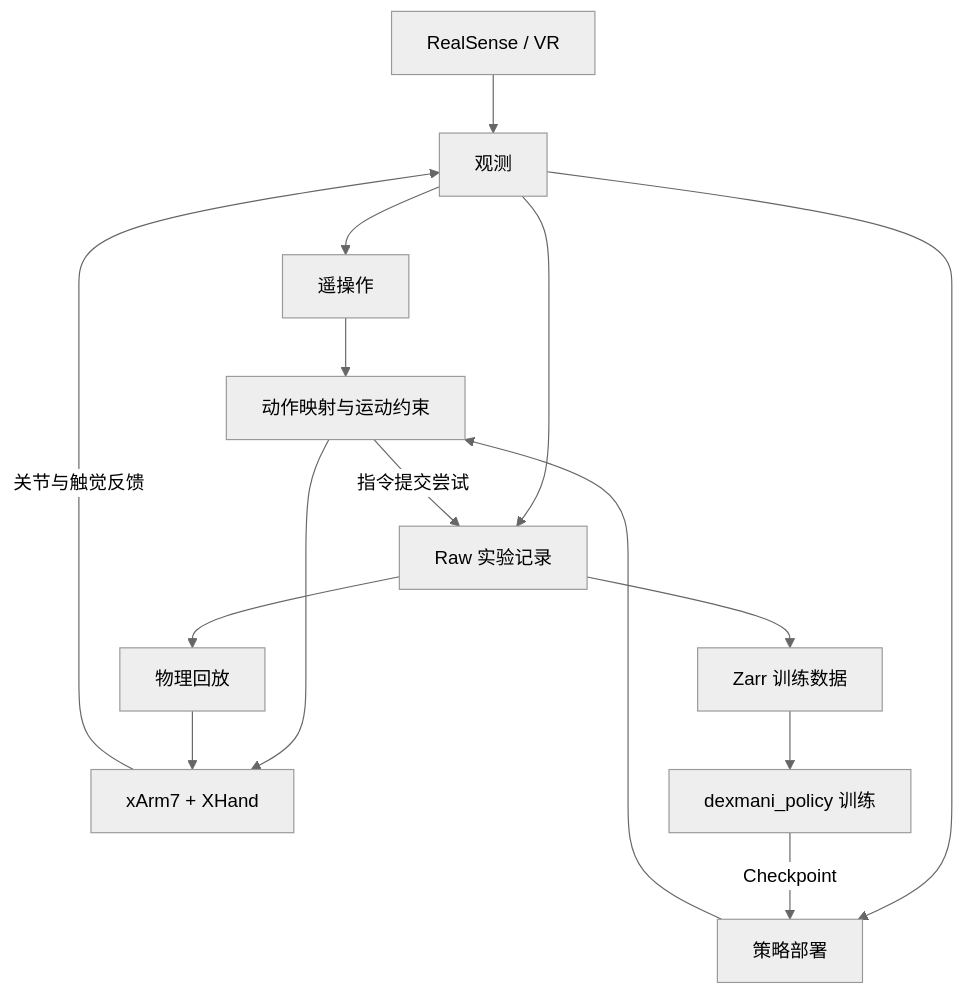
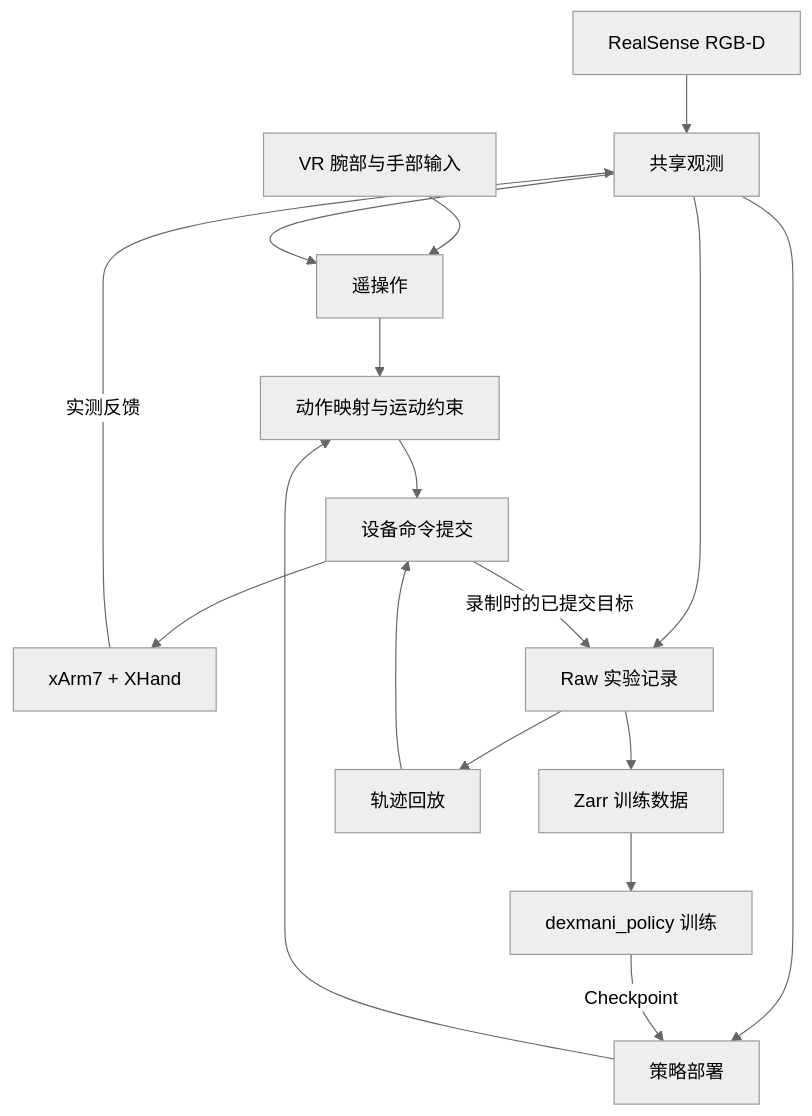
The diagram in README.md (haoyangzhanglab/dexmani_real), drawn with Mermaid (neutral theme) before and after one commit. The commit also changed other lines of this file and 5 other files, not shown here.

````diff
--- a/README.md
+++ b/README.md
@@ -9,12 +7,19 @@
 ```mermaid
 flowchart TD
-    sensors[RealSense / VR] --> observation[观测]
-    robot[xArm7 + XHand] -->|关节与触觉反馈| observation
-    observation --> teleop[遥操作] --> control[动作映射与运动约束] --> robot
-    observation --> deployment[策略部署] --> control
-    observation --> raw[Raw 实验记录]
-    control -->|指令提交尝试| raw
-    raw --> export[Zarr 训练数据] --> training[dexmani_policy 训练]
-    training -->|Checkpoint| deployment
-    raw --> replay[物理回放] --> robot
+    camera["RealSense RGB-D"] --> obs["共享观测"]
+    vr["VR 腕部与手部输入"] --> teleop["遥操作"]
+    obs --> teleop
+    obs --> policy["策略部署"]
+    teleop --> control["动作映射与运动约束"]
+    policy --> control
+    control --> submit["设备命令提交"]
+    submit --> robot["xArm7 + XHand"]
+    robot -->|实测反馈| obs
+    obs --> raw["Raw 实验记录"]
+    submit -->|录制时的已提交目标| raw
+    raw --> zarr["Zarr 训练数据"]
+    zarr --> train["dexmani_policy 训练"]
+    train -->|Checkpoint| policy
+    raw --> replay["轨迹回放"]
+    replay --> submit
 ```
````
